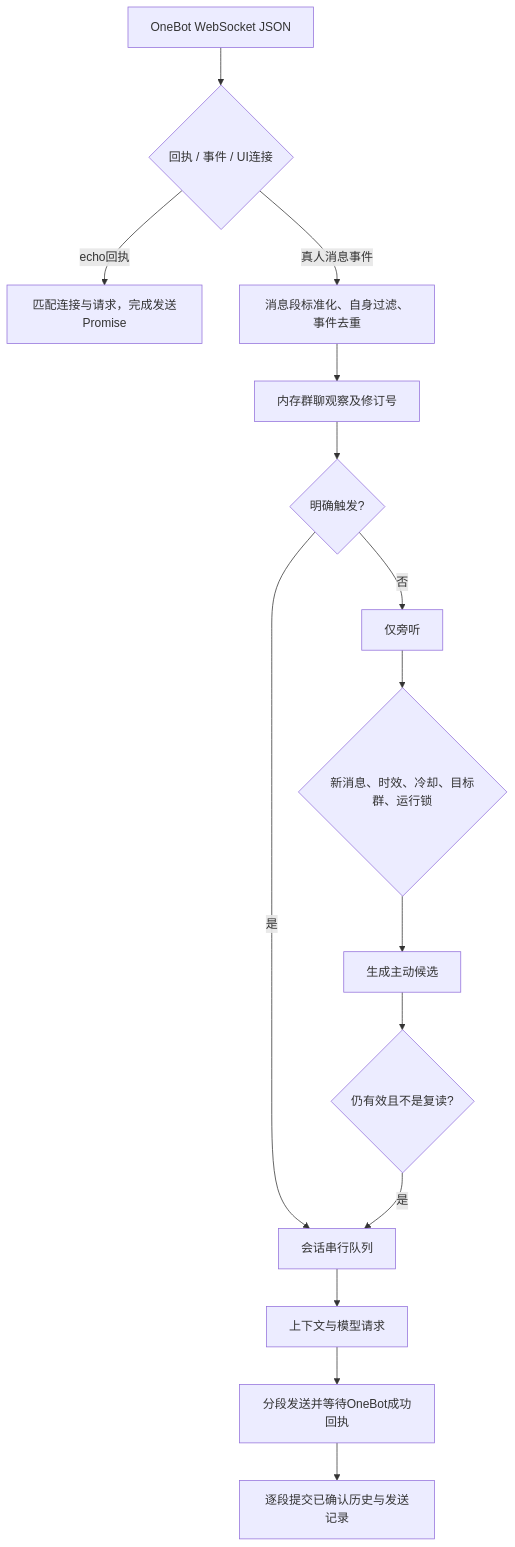
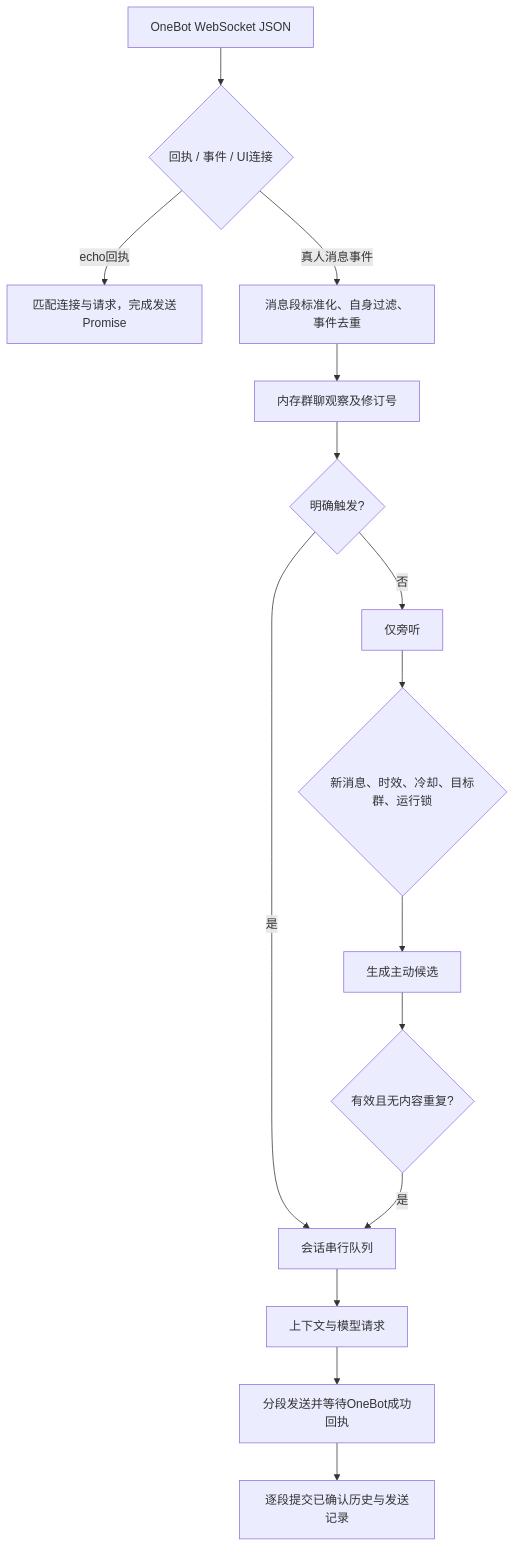
Before and after one commit to Byldxxy/HYACINE-AI: the diagram in BOT_LOGIC.md, drawn with Mermaid. The commit also changed other lines of this file and 4 other files, not shown here.

````diff
--- a/BOT_LOGIC.md
+++ b/BOT_LOGIC.md
@@ -26,17 +15,17 @@
 ```mermaid
 flowchart TD
     A[OneBot WebSocket JSON] --> B{回执 / 事件 / UI连接}
     B -->|echo回执| C[匹配连接与请求，完成发送Promise]
     B -->|真人消息事件| D[消息段标准化、自身过滤、事件去重]
     D --> E[内存群聊观察及修订号]
     E --> F{明确触发?}
     F -->|是| G[会话串行队列]
     F -->|否| H[仅旁听]
     H --> I{新消息、时效、冷却、目标群、运行锁}
     I --> J[生成主动候选]
-    J --> K{仍有效且不是复读?}
+    J --> K{有效且无内容重复?}
     K -->|是| G
     G --> L[上下文与模型请求]
     L --> M[分段发送并等待OneBot成功回执]
     M --> N[逐段提交已确认历史与发送记录]
 ```
````
